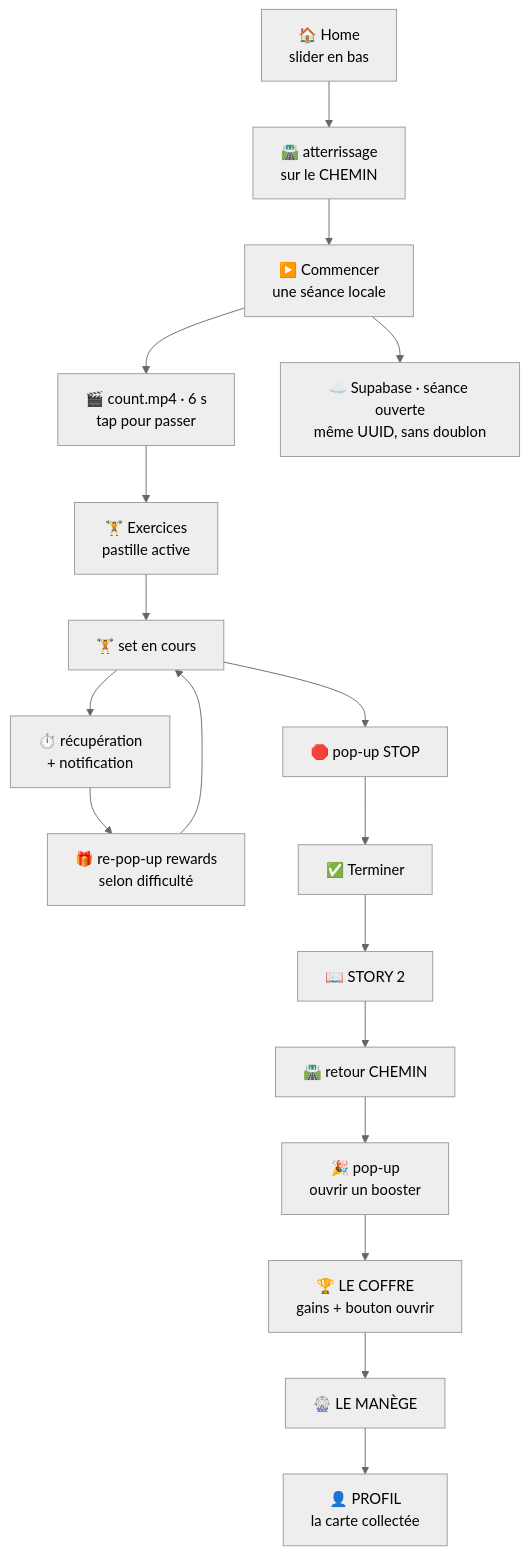
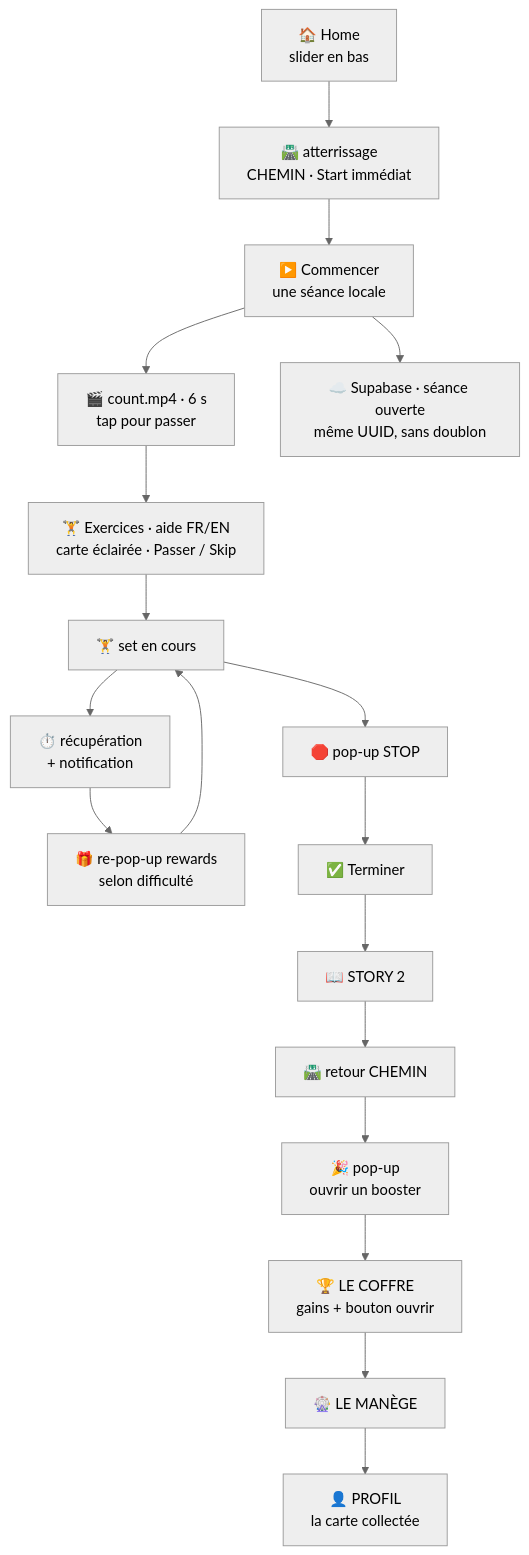
The diagram in docs/site/content/schemas/flow-1-entree-a-la-seance.mmd (kitkath1/nosfy-ios), drawn with Mermaid (neutral theme) before and after one commit. The commit also changed 32 other files, not shown here.

```diff
--- a/docs/site/content/schemas/flow-1-entree-a-la-seance.mmd
+++ b/docs/site/content/schemas/flow-1-entree-a-la-seance.mmd
@@ -1,22 +1,22 @@
 flowchart TD
-  A["🏠 Home<br/>slider en bas"] --> B["🛣️ atterrissage<br/>sur le CHEMIN"]
+  A["🏠 Home<br/>slider en bas"] --> B["🛣️ atterrissage<br/>CHEMIN · Start immédiat"]
   B --> C["▶️ Commencer<br/>une séance locale"]
   C --> V["🎬 count.mp4 · 6 s<br/>tap pour passer"]
   C --> S["☁️ Supabase · séance ouverte<br/>même UUID, sans doublon"]
-  V --> X["🏋️ Exercices<br/>pastille active"]
+  V --> X["🏋️ Exercices · aide FR/EN<br/>carte éclairée · Passer / Skip"]
   X --> D["🏋️ set en cours"]
   D --> E["⏱️ récupération<br/>+ notification"]
   E --> F["🎁 re-pop-up rewards<br/>selon difficulté"]
   F --> D
   D --> G["🛑 pop-up STOP"]
   G --> H["✅ Terminer"]
   H --> I["📖 STORY 2"]
   I --> J["🛣️ retour CHEMIN"]
   J --> K["🎉 pop-up<br/>ouvrir un booster"]
   K --> L["🏆 LE COFFRE<br/>gains + bouton ouvrir"]
   L --> M["🎡 LE MANÈGE"]
   M --> N["👤 PROFIL<br/>la carte collectée"]
 
   class A,B,C,V,X,D,E,F,G,K loc
   class S,H,L,M ok
   class I,J,N abs
```
